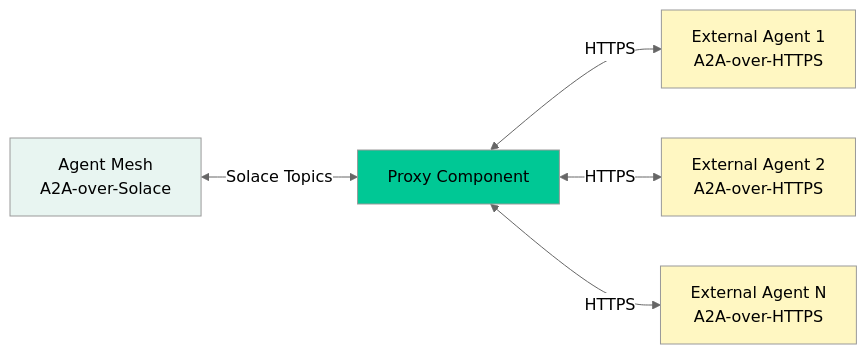
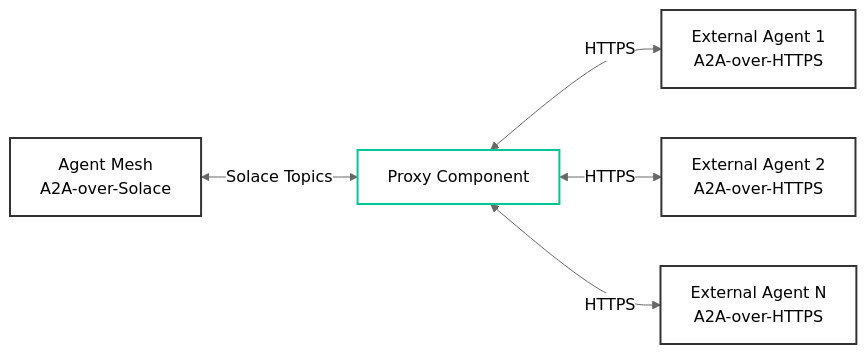
Before and after one commit to SolaceLabs/solace-agent-mesh: the diagram in docs/docs/documentation/components/proxies.md, drawn with Mermaid (neutral theme).

Commit message:
docs: remove fill from mermaid diagram boxes in proxies documentation

````diff
--- a/docs/docs/documentation/components/proxies.md
+++ b/docs/docs/documentation/components/proxies.md
@@ -57,13 +57,13 @@
 ```mermaid
 graph LR
     A[Agent Mesh<br/>A2A-over-Solace] <-->|Solace Topics| B[Proxy Component]
     B <-->|HTTPS| C[External Agent 1<br/>A2A-over-HTTPS]
     B <-->|HTTPS| D[External Agent 2<br/>A2A-over-HTTPS]
     B <-->|HTTPS| E[External Agent N<br/>A2A-over-HTTPS]
     
-    style B fill:#00C895
-    style A fill:#E8F5F1
-    style C fill:#FFF7C2
-    style D fill:#FFF7C2
-    style E fill:#FFF7C2
+    style B fill:none,stroke:#00C895,stroke-width:2px
+    style A fill:none,stroke:#333,stroke-width:2px
+    style C fill:none,stroke:#333,stroke-width:2px
+    style D fill:none,stroke:#333,stroke-width:2px
+    style E fill:none,stroke:#333,stroke-width:2px
 ```
````
